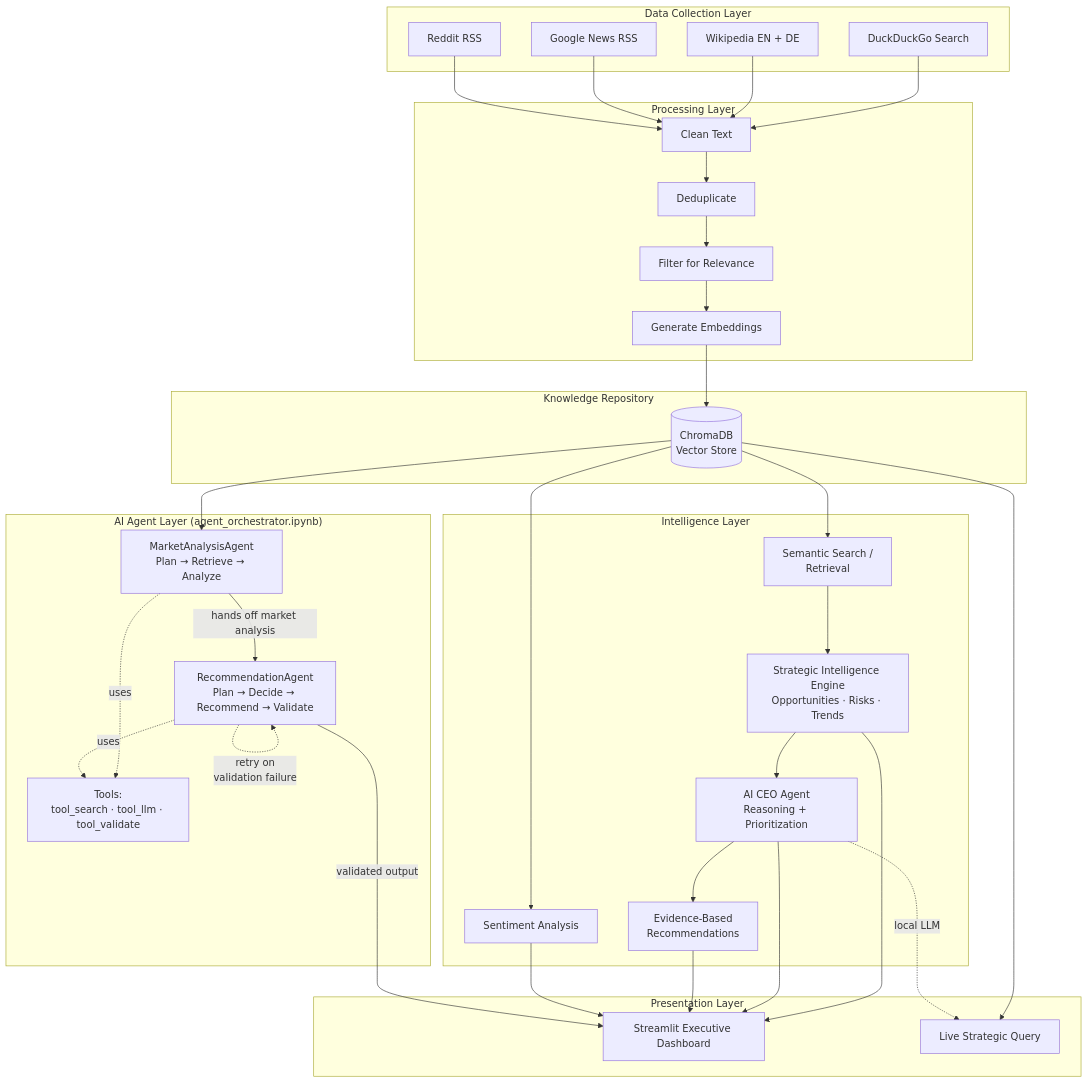
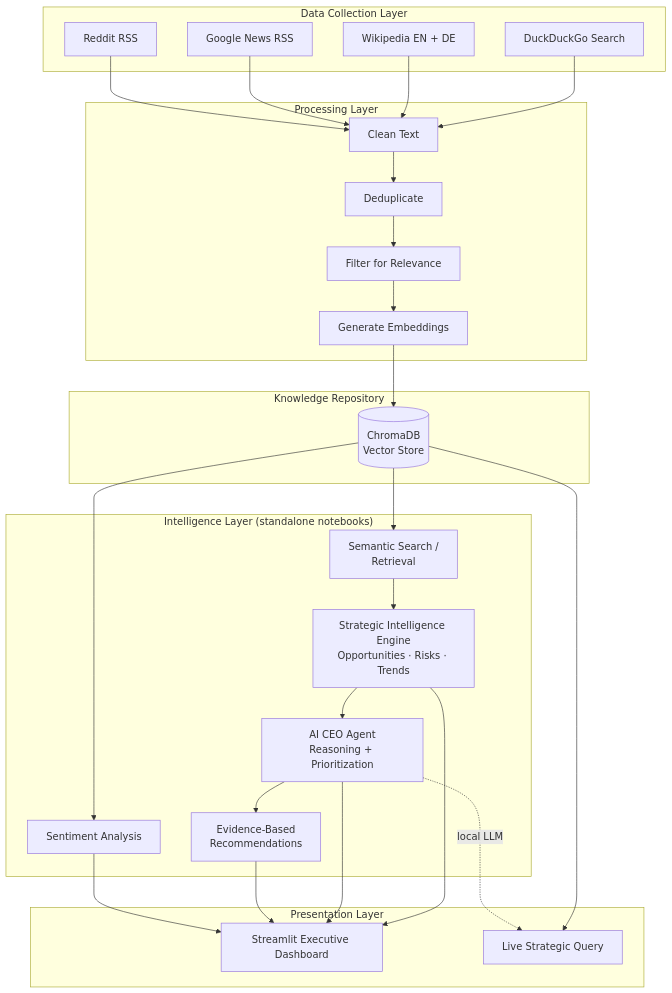
The first of 3 diagrams in README.md (namrata1104/NLP-project), drawn with Mermaid before and after one commit. The commit also changed other lines of this file, not shown here.

````diff
--- a/README.md
+++ b/README.md
@@ -42,53 +43,41 @@
 ```mermaid
 flowchart TB
     subgraph Collection["Data Collection Layer"]
         A1[DuckDuckGo Search]
         A2[Wikipedia EN + DE]
         A3[Google News RSS]
         A4[Reddit RSS]
     end
 
     subgraph Processing["Processing Layer"]
         B1[Clean Text]
         B2[Deduplicate]
         B3[Filter for Relevance]
         B4[Generate Embeddings]
     end
 
     subgraph Storage["Knowledge Repository"]
         C1[(ChromaDB<br/>Vector Store)]
     end
 
-    subgraph Intelligence["Intelligence Layer"]
+    subgraph Intelligence["Intelligence Layer (standalone notebooks)"]
         D1[Semantic Search /<br/>Retrieval]
         D2[Strategic Intelligence Engine<br/>Opportunities · Risks · Trends]
         D3[AI CEO Agent<br/>Reasoning + Prioritization]
         D4[Evidence-Based<br/>Recommendations]
         D5[Sentiment Analysis]
-    end
-
-    subgraph AgentLayer["AI Agent Layer (agent_orchestrator.ipynb)"]
-        F0[Tools:<br/>tool_search · tool_llm · tool_validate]
-        F4[MarketAnalysisAgent<br/>Plan → Retrieve → Analyze]
-        F5[RecommendationAgent<br/>Plan → Decide → Recommend → Validate]
-        F4 -->|hands off market analysis| F5
-        F4 -.uses.-> F0
-        F5 -.uses.-> F0
-        F5 -.retry on<br/>validation failure.-> F5
     end
 
     subgraph Presentation["Presentation Layer"]
         E1[Streamlit Executive Dashboard]
         E2[Live Strategic Query]
     end
 
     A1 & A2 & A3 & A4 --> B1 --> B2 --> B3 --> B4 --> C1
     C1 --> D1
     D1 --> D2 --> D3 --> D4
     C1 --> D5
-    C1 --> F4
     D2 & D3 & D4 & D5 --> E1
     C1 --> E2
     D3 -.local LLM.-> E2
-    F5 -->|validated output| E1
 ```
````
